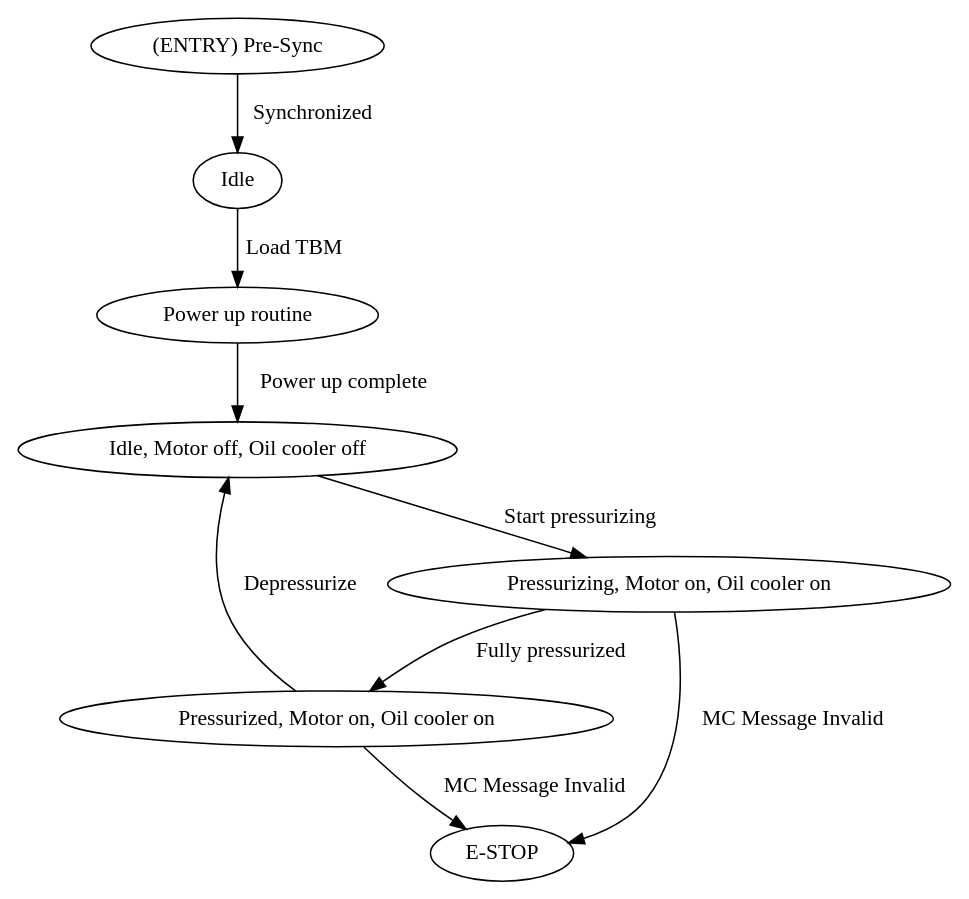
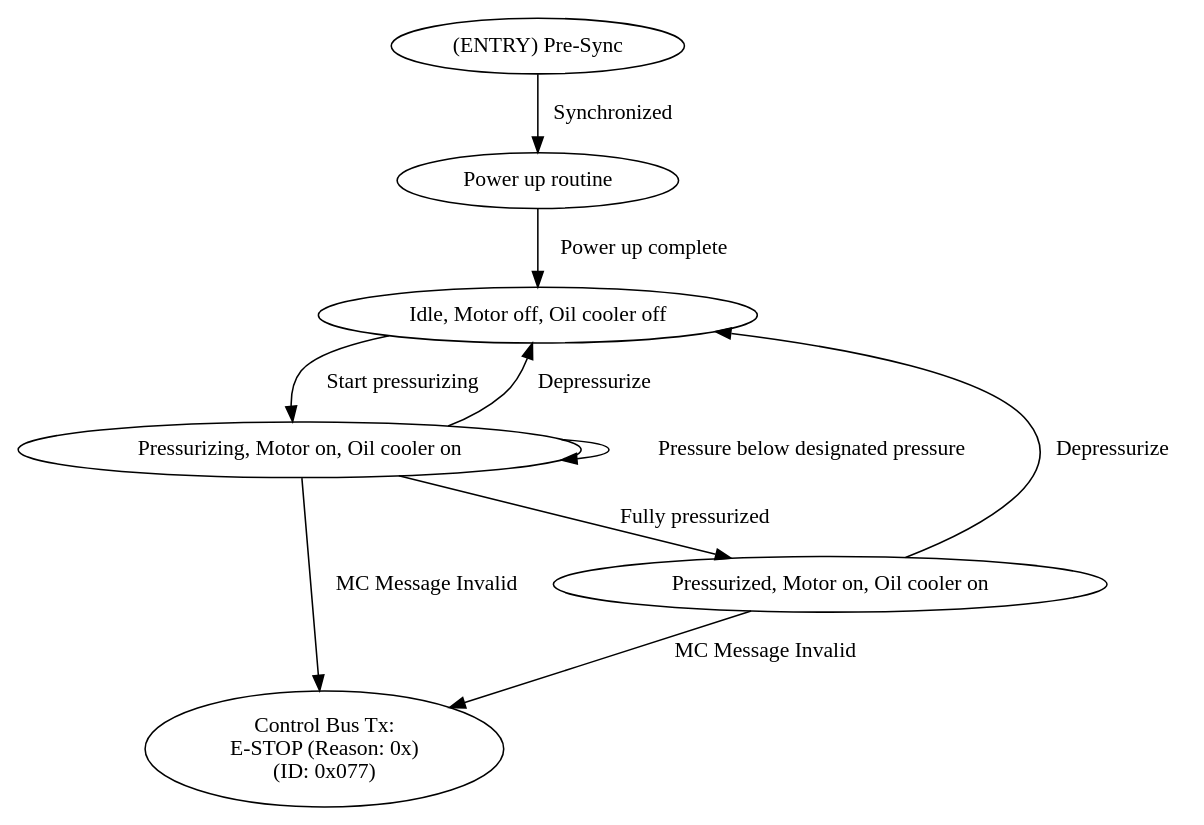
The diagram in high-voltage/hv_main.dot (umdloop/state-machines), drawn with Graphviz before and after one commit. The commit also changed 3 other files, not shown here.

```diff
--- a/high-voltage/hv_main.dot
+++ b/high-voltage/hv_main.dot
@@ -1,19 +1,18 @@
 digraph {
 	S00 [label="(ENTRY) Pre-Sync"];
-	S06 [label="Idle"];
     	S01 [label="Power up routine"];
     	S02 [label="Pressurizing, Motor on, Oil cooler on"];
 	S03 [label="Pressurized, Motor on, Oil cooler on"];
 	S04 [label="Idle, Motor off, Oil cooler off"];
-	S05 [label="E-STOP"];
+	S05 [label="Control Bus Tx:\nE-STOP (Reason: 0x)\n(ID: 0x077)"];
 
-	S00 -> S06 [label="Synchronized"];
-	S06 -> S01 [label="Load TBM"];
+	S00 -> S01 [label="Synchronized"];
 	S01 -> S04 [label="Power up complete"];
-    S03 -> S05 [label="MC Message Invalid"];
-   S02 -> S05 [label="MC Message Invalid"];
+    	S03 -> S05 [label="MC Message Invalid"];
+   	S02 -> S05 [label="MC Message Invalid"];
 	S03 -> S04 [label="Depressurize"];
 	S02 -> S03 [label="Fully pressurized"];
-S04 -> S02 [label="Start pressurizing"];
-
+	S04 -> S02 [label="Start pressurizing"];
+	S02 -> S02 [label="Pressure below designated pressure"];
+	S02 -> S04 [label="Depressurize"];
 }
```
